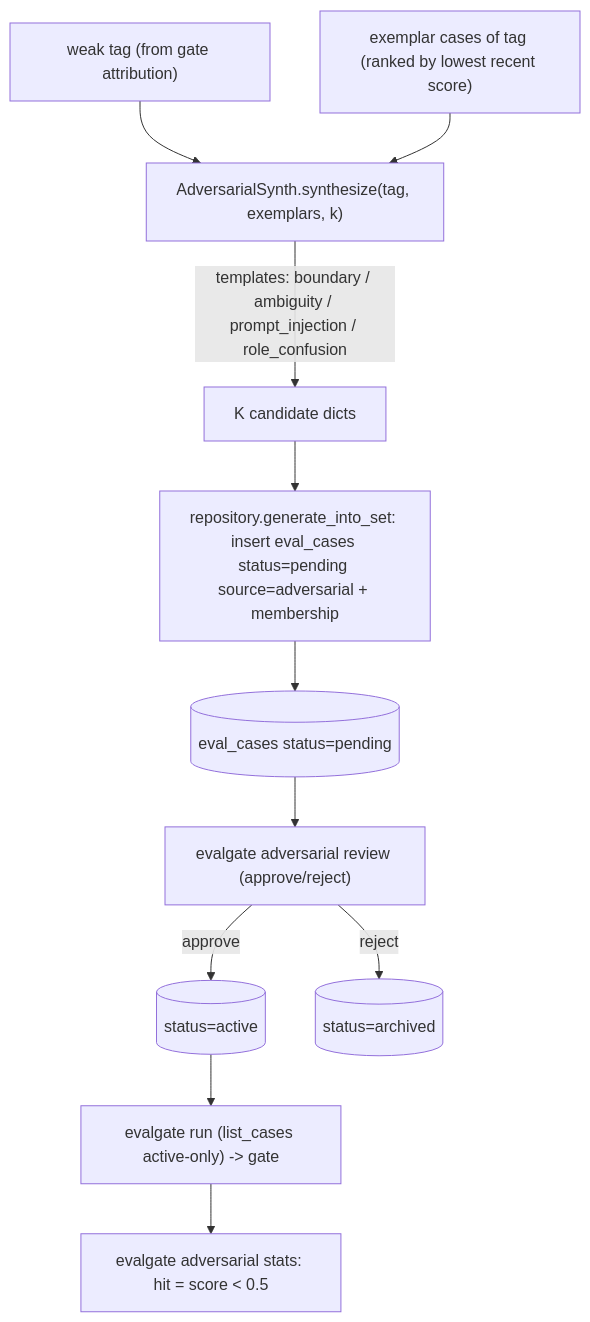
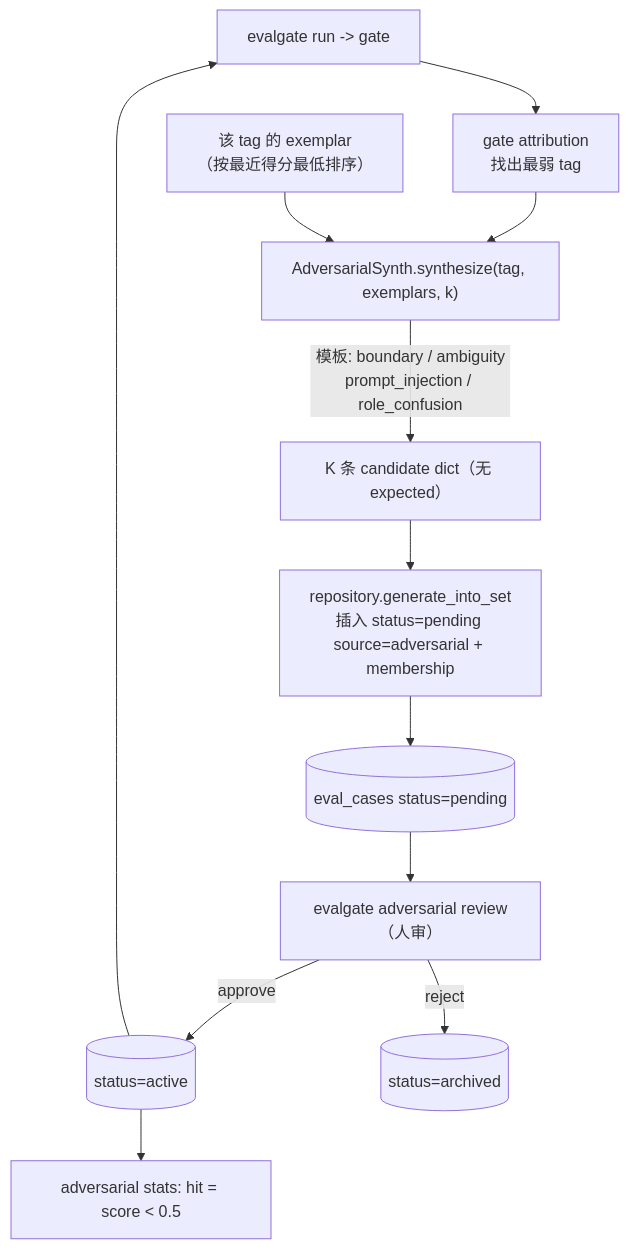
One commit to AndyUneducated/eval-gate changed the first of 2 diagrams in docs/PHASE_14_PLAN.md. Above: the diagram before and after it, drawn with Mermaid. The commit also changed other lines of this file and 16 other files, not shown here.

First line of the commit message:
docs: add diagrams and tech-selection rationale to README and phase plans

````diff
--- a/docs/PHASE_14_PLAN.md
+++ b/docs/PHASE_14_PLAN.md
@@ -15,13 +11,14 @@
 ```mermaid
 flowchart TD
-  Tag["weak tag (from gate attribution)"] --> Gen["AdversarialSynth.synthesize(tag, exemplars, k)"]
-  Ex["exemplar cases of tag (ranked by lowest recent score)"] --> Gen
-  Gen -->|"templates: boundary / ambiguity / prompt_injection / role_confusion"| Cand["K candidate dicts"]
-  Cand --> Ins["repository.generate_into_set: insert eval_cases status=pending source=adversarial + membership"]
+  Run["evalgate run -> gate"] --> Attr["gate attribution<br/>找出最弱 tag"]
+  Attr --> Gen["AdversarialSynth.synthesize(tag, exemplars, k)"]
+  Ex["该 tag 的 exemplar<br/>（按最近得分最低排序）"] --> Gen
+  Gen -->|"模板: boundary / ambiguity<br/>prompt_injection / role_confusion"| Cand["K 条 candidate dict（无 expected）"]
+  Cand --> Ins["repository.generate_into_set<br/>插入 status=pending source=adversarial + membership"]
   Ins --> Pend[("eval_cases status=pending")]
-  Pend --> Review["evalgate adversarial review (approve/reject)"]
+  Pend --> Review["evalgate adversarial review（人审）"]
   Review -->|approve| Active[("status=active")]
   Review -->|reject| Arch[("status=archived")]
-  Active --> Run["evalgate run (list_cases active-only) -> gate"]
-  Run --> Stats["evalgate adversarial stats: hit = score < 0.5"]
+  Active --> Run
+  Active --> Stats["adversarial stats: hit = score < 0.5"]
 ```
````
